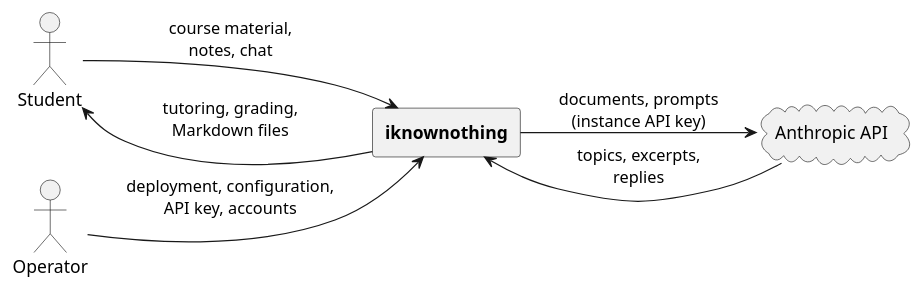
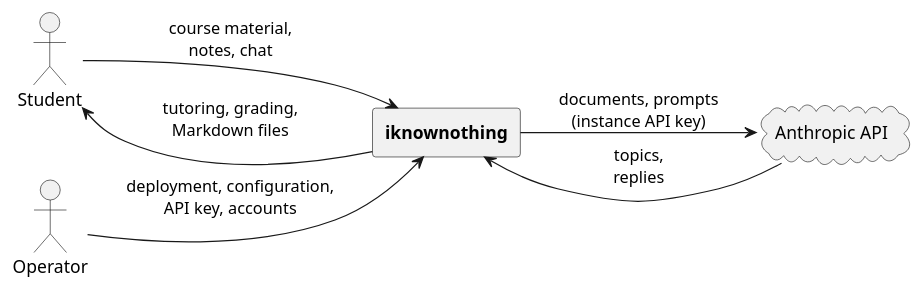
Before and after one commit to leon-hrk/iknownothing: the diagram in docs/arc42/diagrams/business-context.puml, drawn with PlantUML. The commit also changed 29 other files, not shown here.

```diff
--- a/docs/arc42/diagrams/business-context.puml
+++ b/docs/arc42/diagrams/business-context.puml
@@ -1,16 +1,16 @@
 @startuml
 left to right direction
 skinparam shadowing false
 skinparam defaultTextAlignment center
 
 actor "Student" as student
 actor "Operator" as operator
 rectangle "**iknownothing**" as system
 cloud "Anthropic API" as ai
 
 student --> system : course material,\nnotes, chat
 system --> student : tutoring, grading,\nMarkdown files
 operator --> system : deployment, configuration,\nAPI key, accounts
 system --> ai : documents, prompts\n(instance API key)
-ai --> system : topics, excerpts,\nreplies
+ai --> system : topics,\nreplies
 @enduml
```
